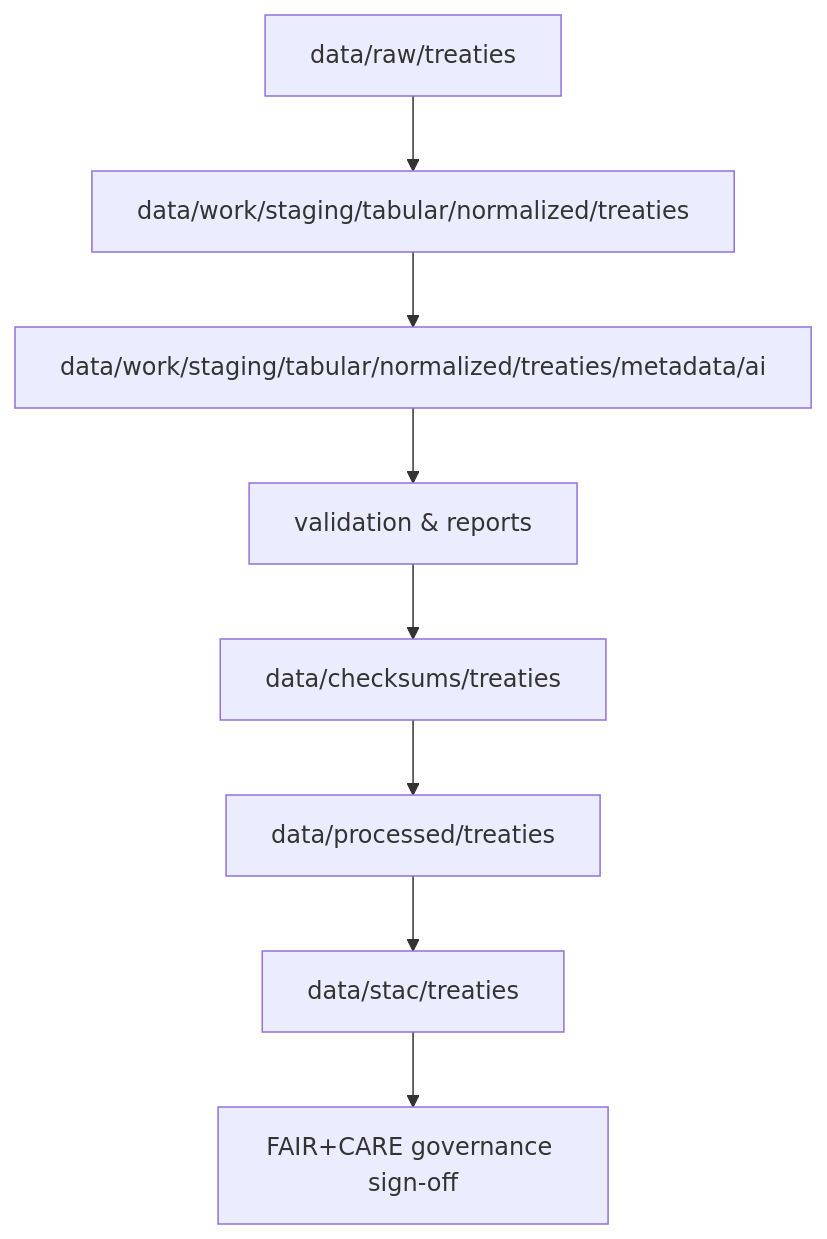
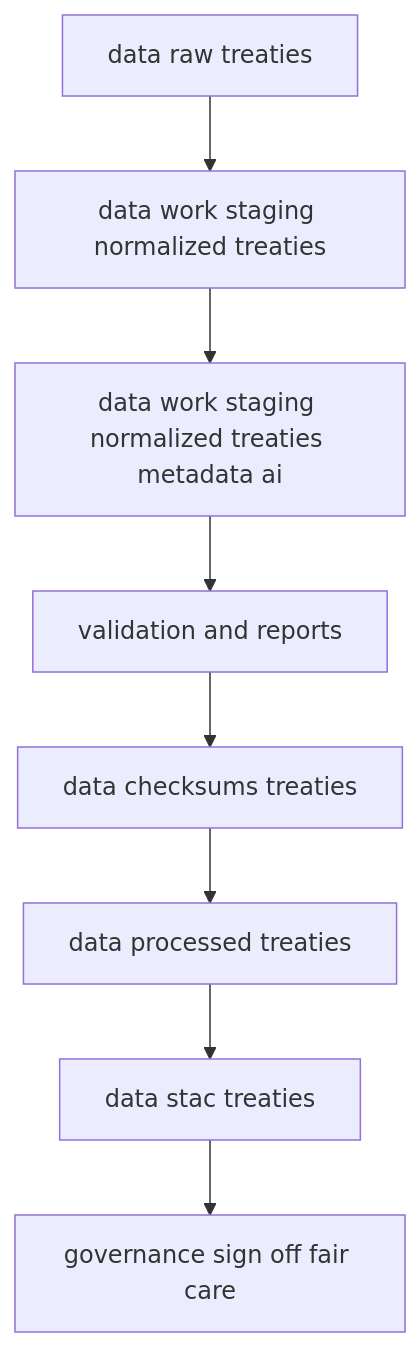
One commit to bartytime4life/Kansas-Frontier-Matrix changed the first of 2 diagrams in data/work/staging/tabular/normalized/treaties/metadata/ai/README.md. Above: the diagram before and after it, drawn with Mermaid. The commit also changed other lines of this file, not shown here.

`````diff
--- a/data/work/staging/tabular/normalized/treaties/metadata/ai/README.md
+++ b/data/work/staging/tabular/normalized/treaties/metadata/ai/README.md
@@ -50,10 +61,10 @@
 ```mermaid
-flowchart TD
-    A[data/raw/treaties] --> B[data/work/staging/tabular/normalized/treaties]
-    B --> C[data/work/staging/tabular/normalized/treaties/metadata/ai]
-    C --> D[validation & reports]
-    D --> E[data/checksums/treaties]
-    E --> F[data/processed/treaties]
-    F --> G[data/stac/treaties]
-    G --> H[FAIR+CARE governance sign-off]
-```
+graph TD
+A[data raw treaties]-->B[data work staging normalized treaties]
+B-->C[data work staging normalized treaties metadata ai]
+C-->D[validation and reports]
+D-->E[data checksums treaties]
+E-->F[data processed treaties]
+F-->G[data stac treaties]
+G-->H[governance sign off fair care]
+````
`````
